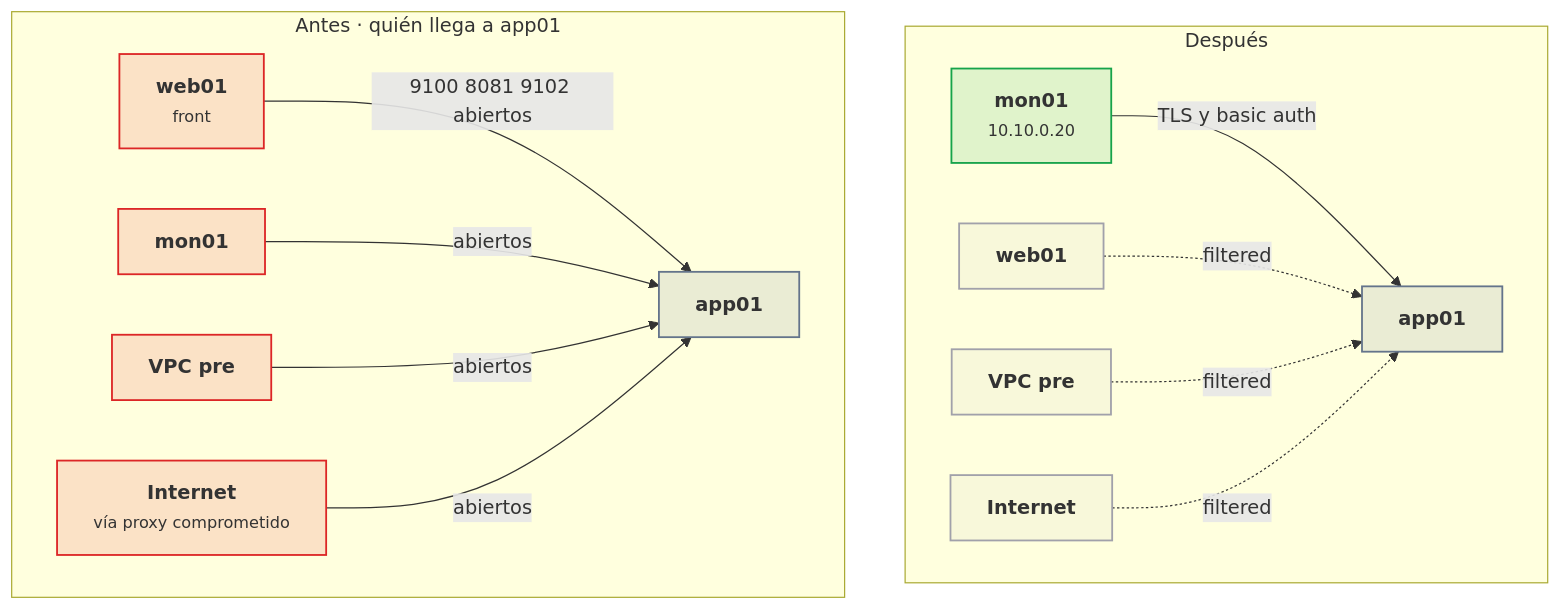
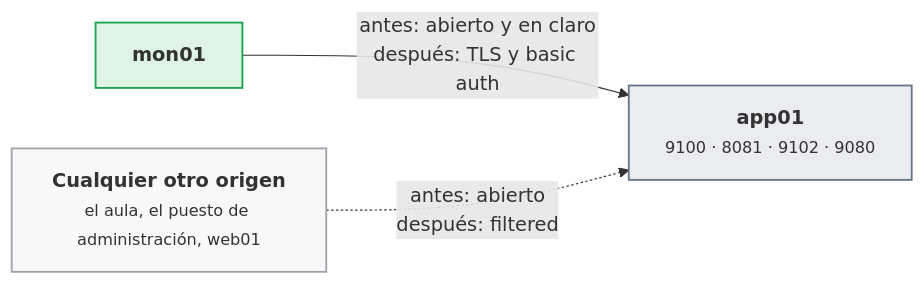
One commit to victor-educ/apuntes-5169 changed the second of 5 diagrams in docs/ut/ut3-seguridad-monitorizacion.md. Above: the diagram before and after it, drawn with Mermaid. The commit also changed other lines of this file and 17 other files, not shown here.

````diff
--- a/docs/ut/ut3-seguridad-monitorizacion.md
+++ b/docs/ut/ut3-seguridad-monitorizacion.md
@@ -227,34 +240,14 @@
 ```mermaid
 flowchart LR
-    subgraph antes["Antes · quién llega a app01"]
-        direction LR
-        W1["<b>web01</b><br><small>front</small>"]:::riesgo
-        M1["<b>mon01</b>"]:::riesgo
-        P1["<b>VPC pre</b>"]:::riesgo
-        I1["<b>Internet</b><br><small>vía proxy comprometido</small>"]:::riesgo
-        A1["<b>app01</b>"]:::pieza
-        W1 -->|9100 8081 9102 abiertos| A1
-        M1 -->|abiertos| A1
-        P1 -->|abiertos| A1
-        I1 -->|abiertos| A1
-    end
-    subgraph despues["Después"]
-        direction LR
-        M2["<b>mon01</b><br><small>10.10.0.20</small>"]:::ok
-        W2["<b>web01</b>"]:::infra
-        P2["<b>VPC pre</b>"]:::infra
-        I2["<b>Internet</b>"]:::infra
-        A2["<b>app01</b>"]:::pieza
-        M2 -->|TLS y basic auth| A2
-        W2 -.->|filtered| A2
-        P2 -.->|filtered| A2
-        I2 -.->|filtered| A2
-    end
-    antes ~~~ despues
+    O["<b>Cualquier otro origen</b><br><small>el aula, el puesto de administración, web01</small>"]:::infra
+    M["<b>mon01</b>"]:::ok
+    A["<b>app01</b><br><small>9100 · 8081 · 9102 · 9080</small>"]:::pieza
+    M -->|"antes: abierto y en claro<br>después: TLS y basic auth"| A
+    O -.->|"antes: abierto<br>después: filtered"| A
     classDef act fill:#ea580c22,stroke:#ea580c,stroke-width:1.5px
     classDef pieza fill:#64748b22,stroke:#64748b,stroke-width:1.5px
     classDef dato fill:#2563eb22,stroke:#2563eb,stroke-width:1.5px
     classDef infra fill:#a1a1aa14,stroke:#a1a1aa,stroke-width:1.5px
     classDef ok fill:#16a34a22,stroke:#16a34a,stroke-width:1.5px
     classDef riesgo fill:#dc262622,stroke:#dc2626,stroke-width:1.5px
 ```
````
